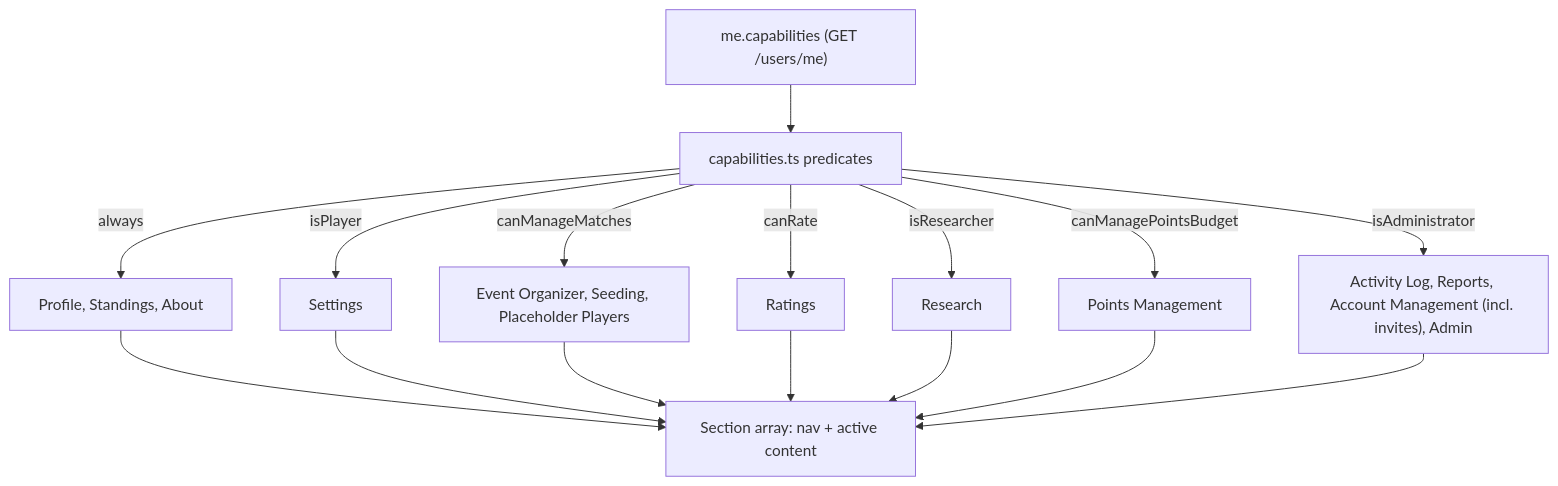
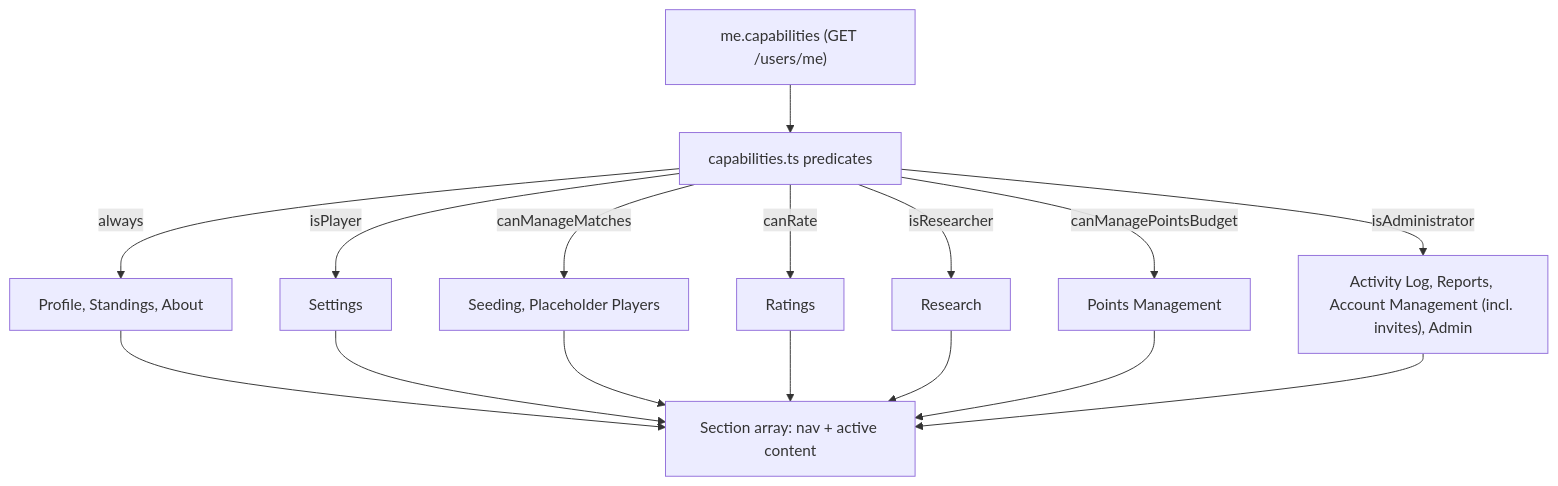
Before and after one commit to cybergrouch/skopeo: the fifth of 5 diagrams in docs/engineering/architecture/WEB_UI_ARCHITECTURE.md, drawn with Mermaid. The commit also changed other lines of this file and 11 other files, not shown here.

First line of the commit message:
refactor(web): remove the Event Organizer tab entirely (#794)

````diff
--- a/docs/engineering/architecture/WEB_UI_ARCHITECTURE.md
+++ b/docs/engineering/architecture/WEB_UI_ARCHITECTURE.md
@@ -305,18 +306,18 @@
 ```mermaid
 flowchart TD
     Me["me.capabilities (GET /users/me)"] --> Pred["capabilities.ts predicates"]
     Pred -->|always| Always["Profile, Standings, About"]
     Pred -->|isPlayer| Settings[Settings]
-    Pred -->|canManageMatches| Org["Event Organizer, Seeding, Placeholder Players"]
+    Pred -->|canManageMatches| Org["Seeding, Placeholder Players"]
     Pred -->|canRate| Ratings[Ratings]
     Pred -->|isResearcher| Research[Research]
     Pred -->|canManagePointsBudget| Points[Points Management]
     Pred -->|isAdministrator| Adm["Activity Log, Reports, Account Management (incl. invites), Admin"]
     Always --> Sec["Section array: nav + active content"]
     Settings --> Sec
     Org --> Sec
     Ratings --> Sec
     Research --> Sec
     Points --> Sec
     Adm --> Sec
 ```
````
